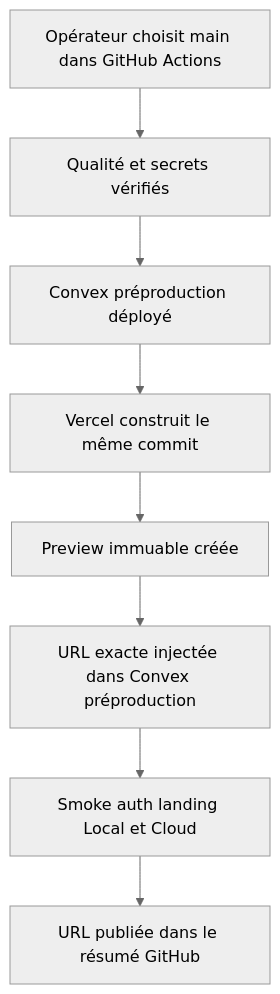
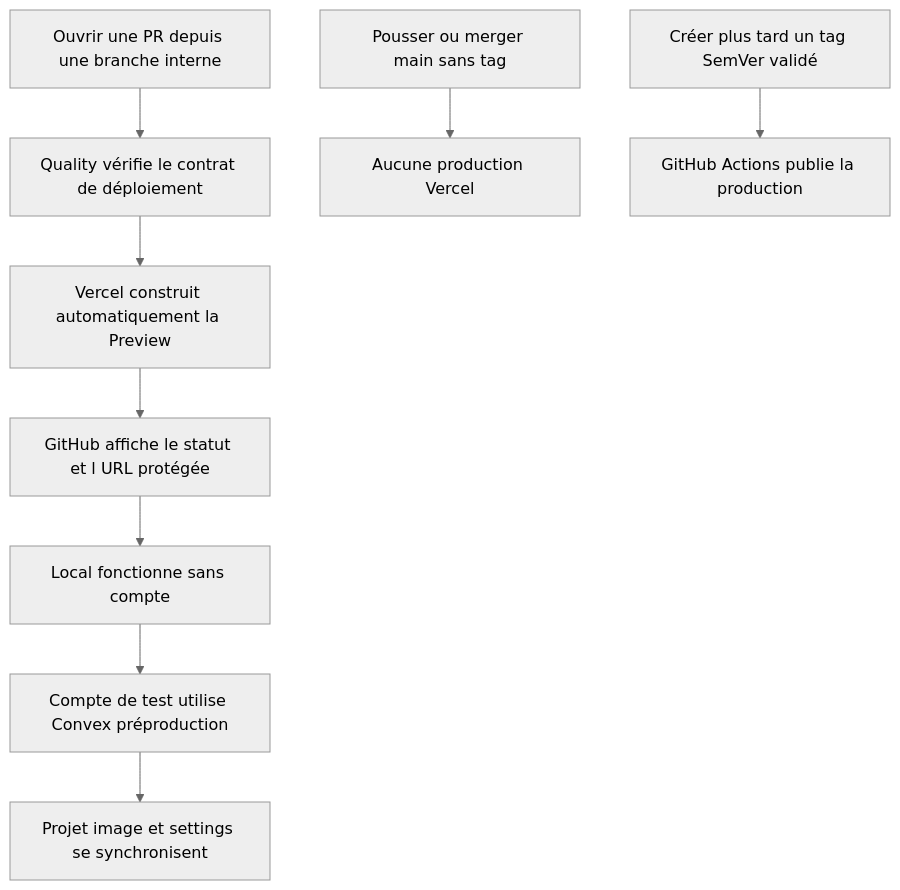
One commit to neogenz/screenforge changed the first of 2 diagrams in aidd_docs/tasks/2026_08/2026_08_16_cloud-prelaunch-validation/phase-4.md. Above: the diagram before and after it, drawn with Mermaid (neutral theme). The commit also changed other lines of this file and 7 other files, not shown here.

Commit message:
docs(aidd): intègre les previews Vercel au plan Cloud

````diff
--- a/aidd_docs/tasks/2026_08/2026_08_16_cloud-prelaunch-validation/phase-4.md
+++ b/aidd_docs/tasks/2026_08/2026_08_16_cloud-prelaunch-validation/phase-4.md
@@ -22,10 +46,11 @@
 ```mermaid
 flowchart TD
-  A[Opérateur choisit main dans GitHub Actions] --> B[Qualité et secrets vérifiés]
-  B --> C[Convex préproduction déployé]
-  C --> D[Vercel construit le même commit]
-  D --> E[Preview immuable créée]
-  E --> F[URL exacte injectée dans Convex préproduction]
-  F --> G[Smoke auth landing Local et Cloud]
-  G --> H[URL publiée dans le résumé GitHub]
+  A[Ouvrir une PR depuis une branche interne] --> B[Quality vérifie le contrat de déploiement]
+  B --> C[Vercel construit automatiquement la Preview]
+  C --> D[GitHub affiche le statut et l URL protégée]
+  D --> E[Local fonctionne sans compte]
+  E --> F[Compte de test utilise Convex préproduction]
+  F --> G[Projet image et settings se synchronisent]
+  H[Pousser ou merger main sans tag] --> I[Aucune production Vercel]
+  J[Créer plus tard un tag SemVer validé] --> K[GitHub Actions publie la production]
 ```
````
